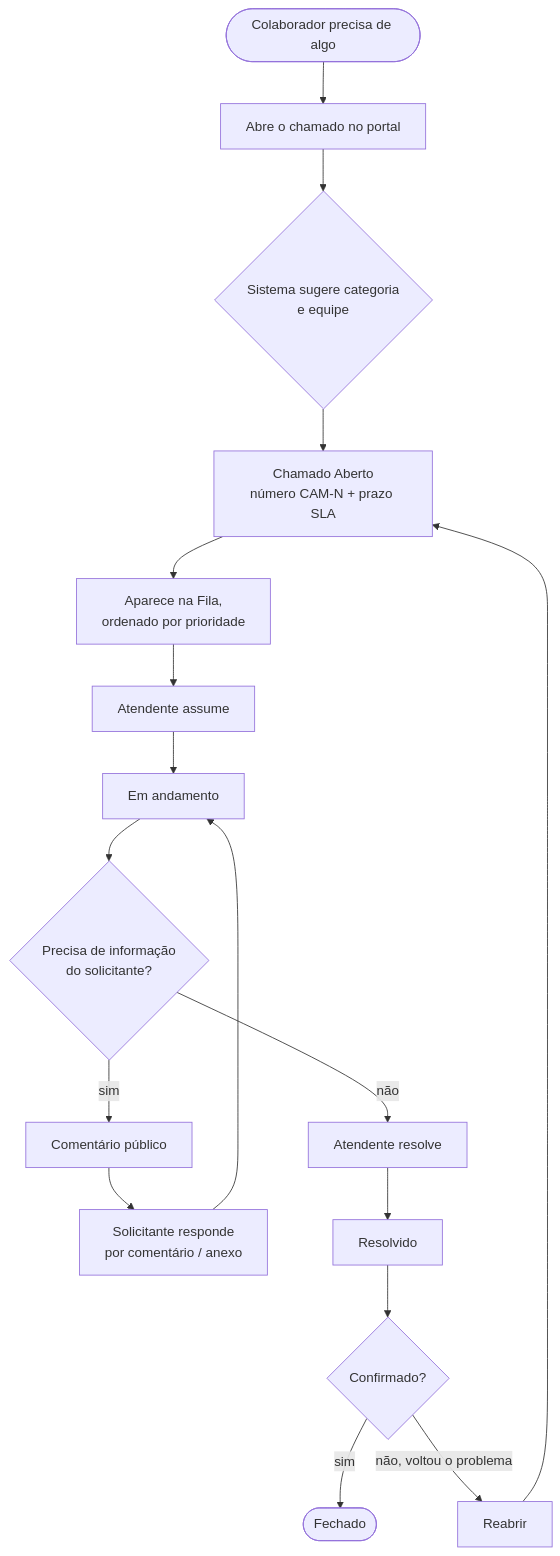
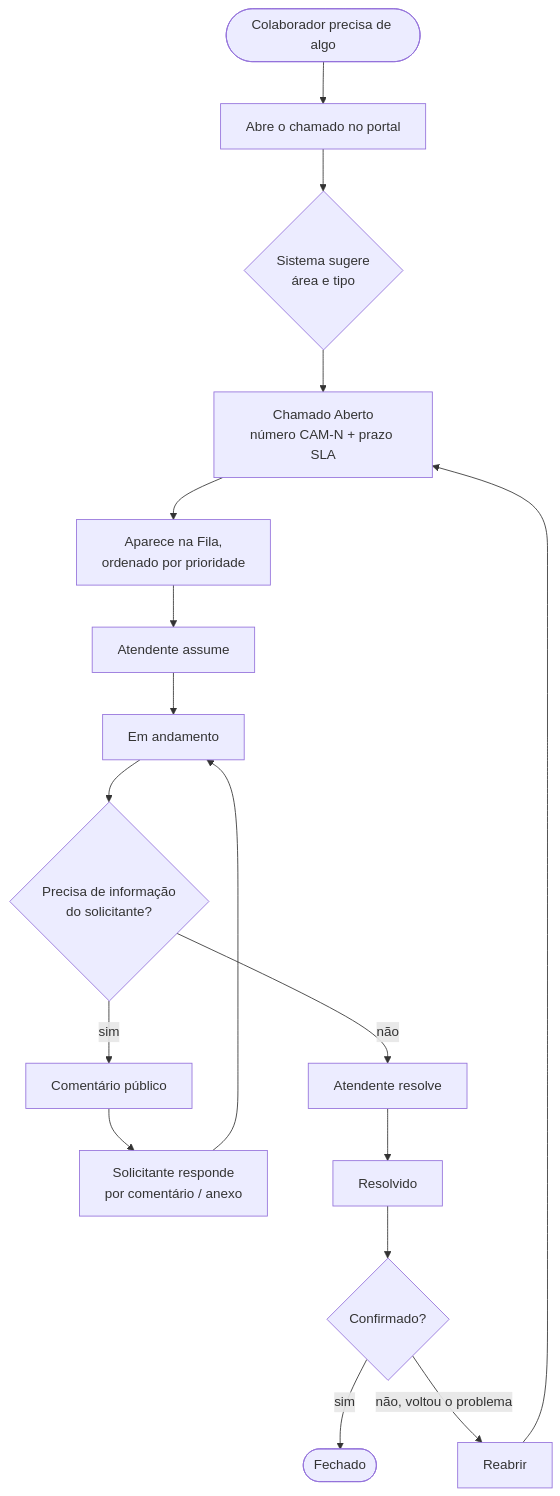
One commit to JVictorPacheco/ChamadosCamarj changed the diagram in docs/obsidian/10 Processos/Fluxo de Atendimento.md. Above: the diagram before and after it, drawn with Mermaid. The commit also changed other lines of this file and 13 other files, not shown here.

````diff
--- a/docs/obsidian/10 Processos/Fluxo de Atendimento.md
+++ b/docs/obsidian/10 Processos/Fluxo de Atendimento.md
@@ -12,19 +12,19 @@
 ```mermaid
 flowchart TD
     A([Colaborador precisa de algo]) --> B[Abre o chamado no portal]
-    B --> C{Sistema sugere categoria<br/>e equipe}
+    B --> C{Sistema sugere<br/>área e tipo}
     C --> D[Chamado Aberto<br/>número CAM-N + prazo SLA]
     D --> E[Aparece na Fila,<br/>ordenado por prioridade]
     E --> F[Atendente assume]
     F --> G[Em andamento]
     G --> H{Precisa de informação<br/>do solicitante?}
     H -- sim --> I[Comentário público]
     I --> J[Solicitante responde<br/>por comentário / anexo]
     J --> G
     H -- não --> K[Atendente resolve]
     K --> L[Resolvido]
     L --> M{Confirmado?}
     M -- sim --> N([Fechado])
     M -- não, voltou o problema --> O[Reabrir]
     O --> D
 ```
````
